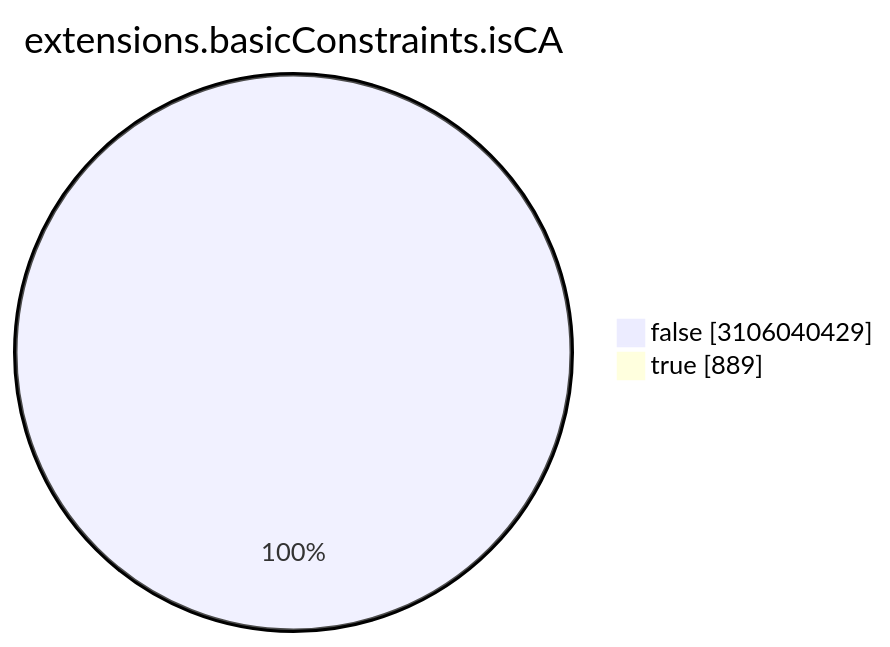
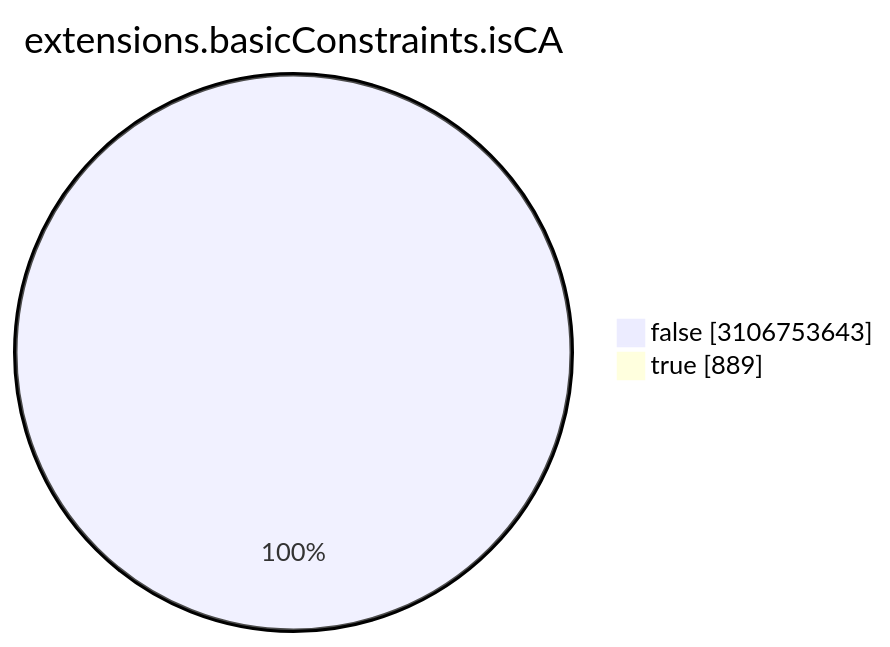
The seventh of 15 diagrams in TOTAL/README.md (christiankrug/ctmonitor_visualization), drawn with Mermaid before and after one commit. The commit also changed other lines of this file, not shown here.

````diff
--- a/TOTAL/README.md
+++ b/TOTAL/README.md
@@ -3088,6 +3088,6 @@
 ```mermaid
 pie showData
 title extensions.basicConstraints.isCA
-"false" :3106040429
+"false" :3106753643
 "true" :889
 ```
````
